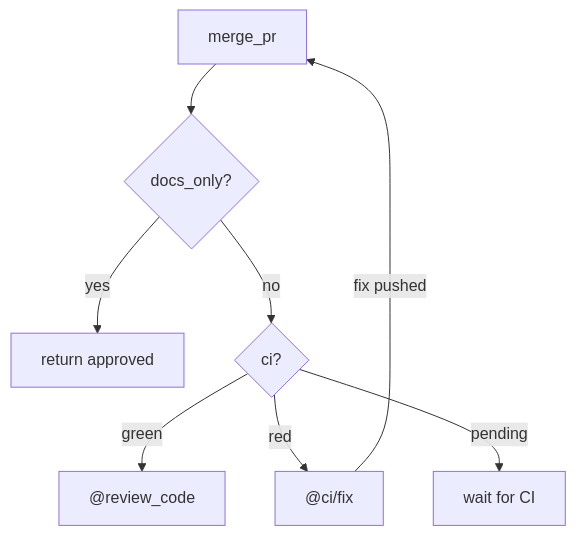
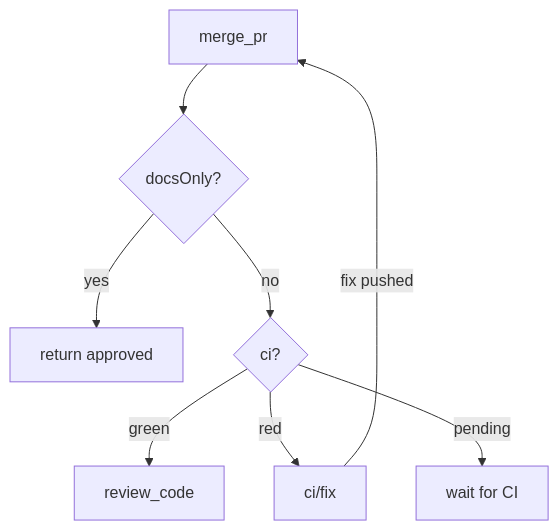
The diagram in README.md (rein-lang/rein), drawn with Mermaid before and after one commit. The commit also changed other lines of this file and 34 other files, not shown here.

````diff
--- a/README.md
+++ b/README.md
@@ -33,10 +42,10 @@
 ```mermaid
 flowchart TD
-    A["merge_pr"] --> B{"docs_only?"}
+    A["merge_pr"] --> B{"docsOnly?"}
     B -- "yes" --> C["return approved"]
     B -- "no" --> D{"ci?"}
-    D -- "green" --> E["@review_code"]
-    D -- "red" --> F["@ci/fix"]
+    D -- "green" --> E["review_code"]
+    D -- "red" --> F["ci/fix"]
     D -- "pending" --> G["wait for CI"]
     F -- "fix pushed" --> A
 ```
````
